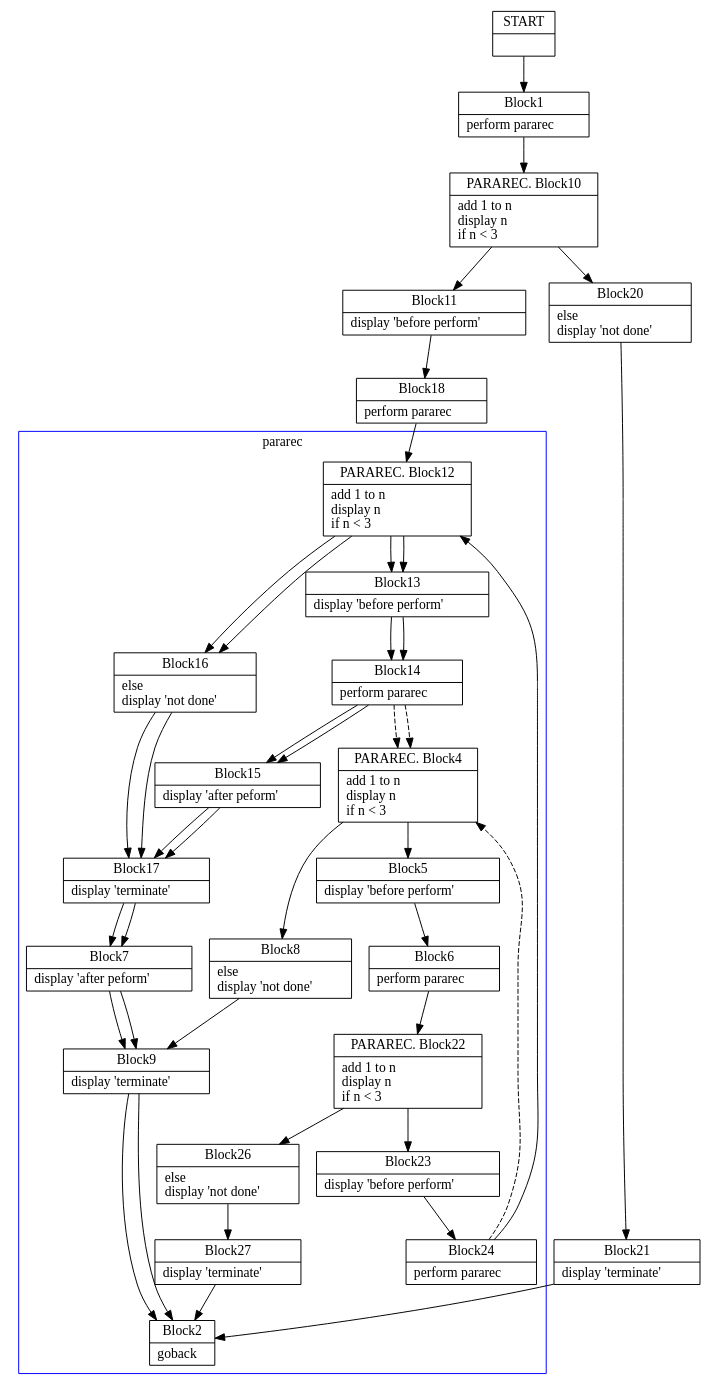
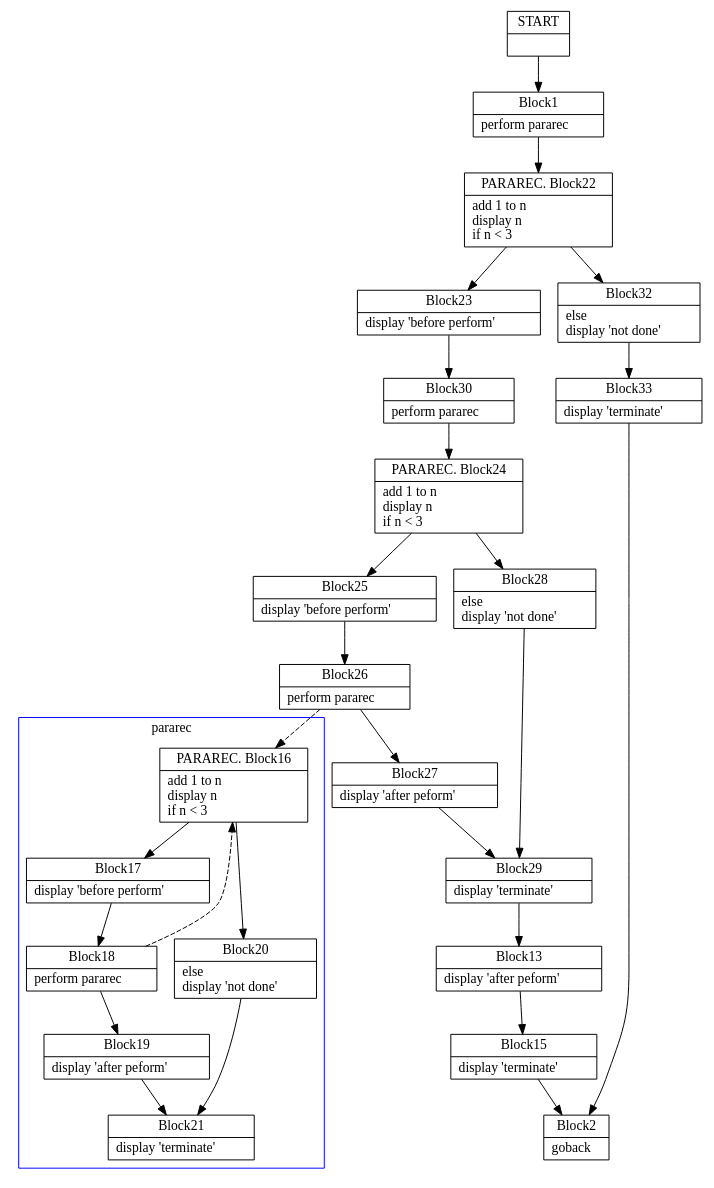
One commit to TypeCobolTeam/TypeCobol changed the diagram in TypeCobol.Analysis.Test/DotOutput/CfgPrograms/DetectPerformProcRecursiveException.dot. Above: the diagram before and after it, drawn with Graphviz. The commit also changed 3 other files, not shown here.

```diff
--- a/TypeCobol.Analysis.Test/DotOutput/CfgPrograms/DetectPerformProcRecursiveException.dot
+++ b/TypeCobol.Analysis.Test/DotOutput/CfgPrograms/DetectPerformProcRecursiveException.dot
@@ -1,161 +1,109 @@
 digraph Cfg {
 compound=true;
 node [
 shape = "record"
 ]
 
 edge [
 arrowtail = "empty"
 ]
 Block0 [
 label = "{START|}"
 ]
 Block1 [
 label = "{Block1|    perform pararec\l}"
 ]
-Block10 [
-label = "{PARAREC. Block10|    add 1 to n\l    display n\l    if n \< 3\l}"
-]
-Block11 [
-label = "{Block11|       display 'before perform'\l}"
-]
-Block18 [
-label = "{Block18|       perform pararec\l}"
-]
-Block12 [
-label = "{PARAREC. Block12|    add 1 to n\l    display n\l    if n \< 3\l}"
-]
-Block13 [
-label = "{Block13|       display 'before perform'\l}"
-]
-Block14 [
-label = "{Block14|       perform pararec\l}"
-]
-subgraph cluster_2{
-color = blue;
-label = "pararec";
-Block4 [
-label = "{PARAREC. Block4|    add 1 to n\l    display n\l    if n \< 3\l}"
-]
-Block5 [
-label = "{Block5|       display 'before perform'\l}"
-]
-Block6 [
-label = "{Block6|       perform pararec\l}"
-]
 Block22 [
 label = "{PARAREC. Block22|    add 1 to n\l    display n\l    if n \< 3\l}"
 ]
 Block23 [
 label = "{Block23|       display 'before perform'\l}"
 ]
+Block30 [
+label = "{Block30|       perform pararec\l}"
+]
 Block24 [
-label = "{Block24|       perform pararec\l}"
+label = "{PARAREC. Block24|    add 1 to n\l    display n\l    if n \< 3\l}"
 ]
-Block24 -> Block4 [style=dashed]
+Block25 [
+label = "{Block25|       display 'before perform'\l}"
+]
+Block26 [
+label = "{Block26|       perform pararec\l}"
+]
+subgraph cluster_2{
+color = blue;
+label = "pararec";
+Block16 [
+label = "{PARAREC. Block16|    add 1 to n\l    display n\l    if n \< 3\l}"
+]
+Block17 [
+label = "{Block17|       display 'before perform'\l}"
+]
+Block18 [
+label = "{Block18|       perform pararec\l}"
+]
+Block18 -> Block16 [style=dashed]
 
-Block12 [
-label = "{PARAREC. Block12|    add 1 to n\l    display n\l    if n \< 3\l}"
+Block19 [
+label = "{Block19|       display 'after peform'\l}"
+]
+Block21 [
+label = "{Block21|    display 'terminate'\l}"
+]
+Block20 [
+label = "{Block20|    else\l       display 'not done'\l}"
+]
+Block16 -> Block17
+Block16 -> Block20
+Block17 -> Block18
+Block18 -> Block19
+Block19 -> Block21
+Block20 -> Block21
+
+}
+Block26 -> Block16 [style=dashed]
+
+Block27 [
+label = "{Block27|       display 'after peform'\l}"
+]
+Block29 [
+label = "{Block29|    display 'terminate'\l}"
 ]
 Block13 [
-label = "{Block13|       display 'before perform'\l}"
+label = "{Block13|       display 'after peform'\l}"
 ]
-Block14 [
-label = "{Block14|       perform pararec\l}"
-]
-Block14 -> Block4 [style=dashed]
-
 Block15 [
-label = "{Block15|       display 'after peform'\l}"
-]
-Block17 [
-label = "{Block17|    display 'terminate'\l}"
-]
-Block7 [
-label = "{Block7|       display 'after peform'\l}"
-]
-Block9 [
-label = "{Block9|    display 'terminate'\l}"
+label = "{Block15|    display 'terminate'\l}"
 ]
 Block2 [
 label = "{Block2|    goback\l}"
 ]
-Block16 [
-label = "{Block16|    else\l       display 'not done'\l}"
+Block28 [
+label = "{Block28|    else\l       display 'not done'\l}"
 ]
-Block26 [
-label = "{Block26|    else\l       display 'not done'\l}"
+Block32 [
+label = "{Block32|    else\l       display 'not done'\l}"
 ]
-Block27 [
-label = "{Block27|    display 'terminate'\l}"
+Block33 [
+label = "{Block33|    display 'terminate'\l}"
 ]
-Block8 [
-label = "{Block8|    else\l       display 'not done'\l}"
-]
-Block4 -> Block5
-Block4 -> Block8
-Block5 -> Block6
-Block6 -> Block22
+Block0 -> Block1
+Block1 -> Block22
 Block22 -> Block23
-Block22 -> Block26
-Block23 -> Block24
-Block24 -> Block12
-Block12 -> Block13
-Block12 -> Block16
-Block13 -> Block14
-Block14 -> Block15
-Block15 -> Block17
-Block17 -> Block7
-Block7 -> Block9
-Block9 -> Block2
-Block16 -> Block17
+Block22 -> Block32
+Block23 -> Block30
+Block30 -> Block24
+Block24 -> Block25
+Block24 -> Block28
+Block25 -> Block26
 Block26 -> Block27
-Block27 -> Block2
-Block8 -> Block9
+Block27 -> Block29
+Block29 -> Block13
+Block13 -> Block15
+Block15 -> Block2
+Block28 -> Block29
+Block32 -> Block33
+Block33 -> Block2
 
 }
-Block14 -> Block4 [style=dashed]
-
-Block15 [
-label = "{Block15|       display 'after peform'\l}"
-]
-Block17 [
-label = "{Block17|    display 'terminate'\l}"
-]
-Block7 [
-label = "{Block7|       display 'after peform'\l}"
-]
-Block9 [
-label = "{Block9|    display 'terminate'\l}"
-]
-Block2 [
-label = "{Block2|    goback\l}"
-]
-Block16 [
-label = "{Block16|    else\l       display 'not done'\l}"
-]
-Block20 [
-label = "{Block20|    else\l       display 'not done'\l}"
-]
-Block21 [
-label = "{Block21|    display 'terminate'\l}"
-]
-Block0 -> Block1
-Block1 -> Block10
-Block10 -> Block11
-Block10 -> Block20
-Block11 -> Block18
-Block18 -> Block12
-Block12 -> Block13
-Block12 -> Block16
-Block13 -> Block14
-Block14 -> Block15
-Block15 -> Block17
-Block17 -> Block7
-Block7 -> Block9
-Block9 -> Block2
-Block16 -> Block17
-Block20 -> Block21
-Block21 -> Block2
-
-}
```
